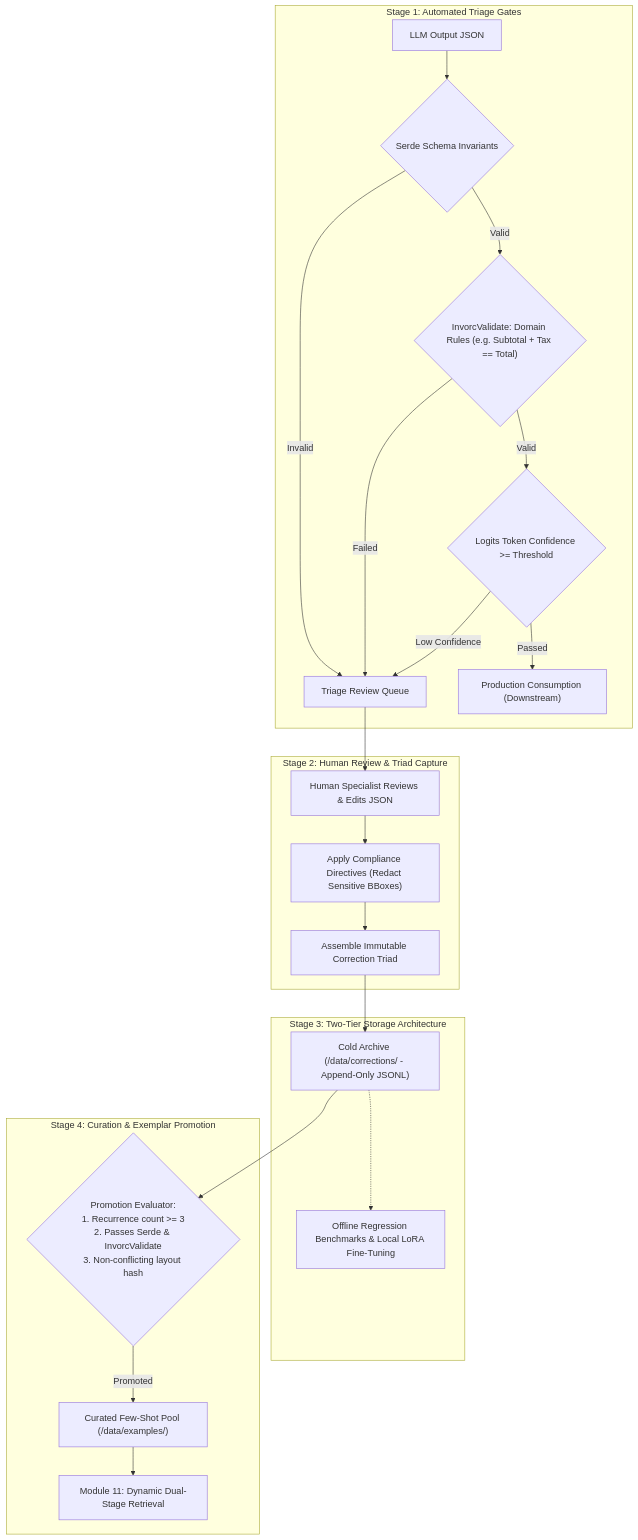
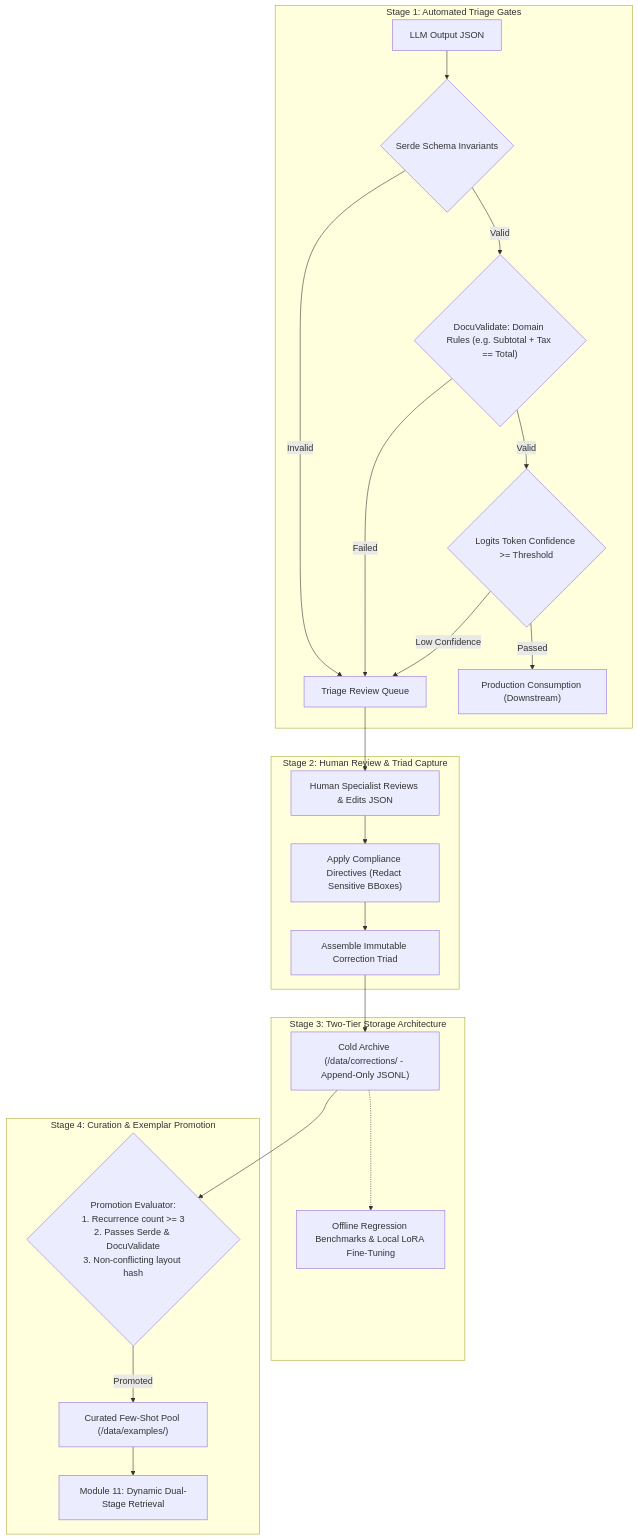
One commit to yasuomaidana/docula changed the diagram in docs/13_HUMAN_IN_THE_LOOP_AND_ACTIVE_LEARNING.md. Above: the diagram before and after it, drawn with Mermaid. The commit also changed other lines of this file and 15 other files, not shown here.

````diff
--- a/docs/13_HUMAN_IN_THE_LOOP_AND_ACTIVE_LEARNING.md
+++ b/docs/13_HUMAN_IN_THE_LOOP_AND_ACTIVE_LEARNING.md
@@ -9,29 +9,29 @@
 ```mermaid
 flowchart TD
     subgraph Stage1["Stage 1: Automated Triage Gates"]
         RawLLM[LLM Output JSON] --> SerdeGate{"Serde Schema Invariants"}
         SerdeGate -->|Invalid| TriageQueue["Triage Review Queue"]
-        SerdeGate -->|Valid| MathGate{"InvorcValidate: Domain Rules (e.g. Subtotal + Tax == Total)"}
+        SerdeGate -->|Valid| MathGate{"DocuValidate: Domain Rules (e.g. Subtotal + Tax == Total)"}
         MathGate -->|Failed| TriageQueue
         MathGate -->|Valid| ConfGate{"Logits Token Confidence >= Threshold"}
         ConfGate -->|Low Confidence| TriageQueue
         ConfGate -->|Passed| ProductionOut["Production Consumption (Downstream)"]
     end
 
     subgraph Stage2["Stage 2: Human Review & Triad Capture"]
         TriageQueue --> HumanReviewer["Human Specialist Reviews & Edits JSON"]
         HumanReviewer --> Sanitize["Apply Compliance Directives (Redact Sensitive BBoxes)"]
         Sanitize --> TriadAssemble["Assemble Immutable Correction Triad"]
     end
 
     subgraph Stage3["Stage 3: Two-Tier Storage Architecture"]
         TriadAssemble --> ColdArchive["Cold Archive (/data/corrections/ - Append-Only JSONL)"]
         ColdArchive -.-> RegressionTests["Offline Regression Benchmarks & Local LoRA Fine-Tuning"]
     end
 
     subgraph Stage4["Stage 4: Curation & Exemplar Promotion"]
-        ColdArchive --> PromotionGate{"Promotion Evaluator:<br/>1. Recurrence count >= 3<br/>2. Passes Serde & InvorcValidate<br/>3. Non-conflicting layout hash"}
+        ColdArchive --> PromotionGate{"Promotion Evaluator:<br/>1. Recurrence count >= 3<br/>2. Passes Serde & DocuValidate<br/>3. Non-conflicting layout hash"}
         PromotionGate -->|Promoted| CuratedPool["Curated Few-Shot Pool (/data/examples/)"]
         CuratedPool --> DynamicRetrieval["Module 11: Dynamic Dual-Stage Retrieval"]
     end
 ```
````
